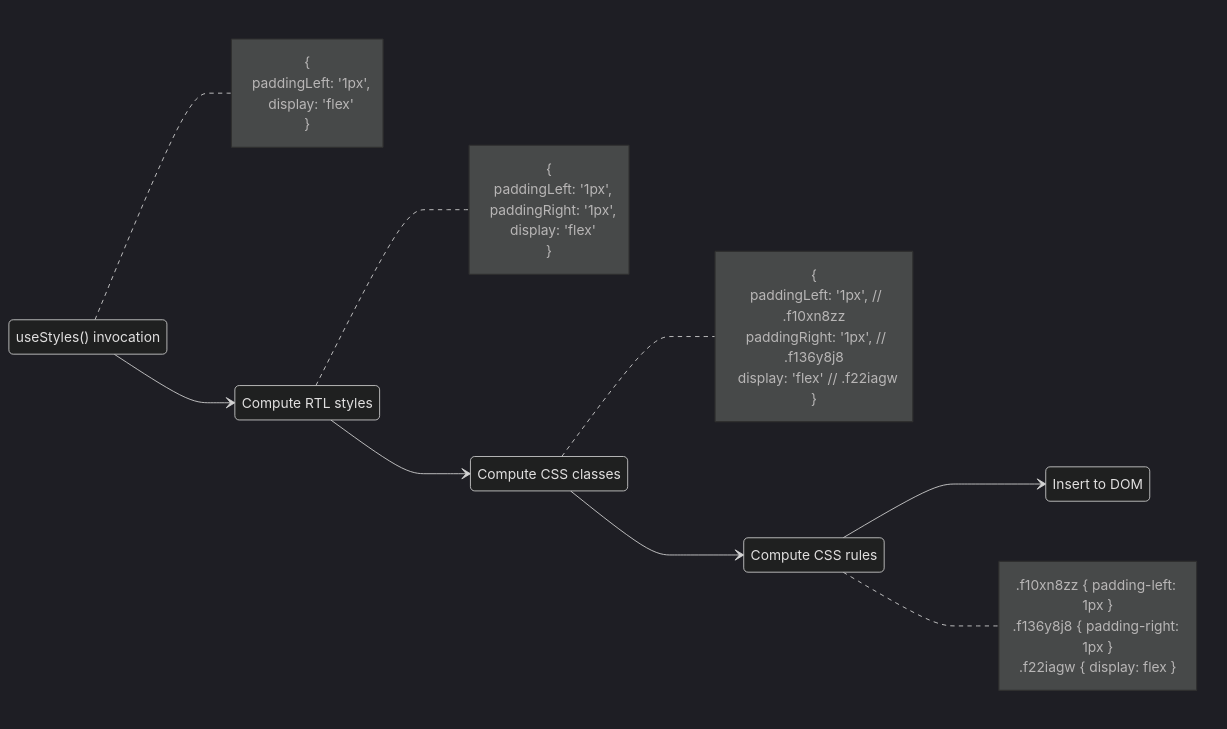
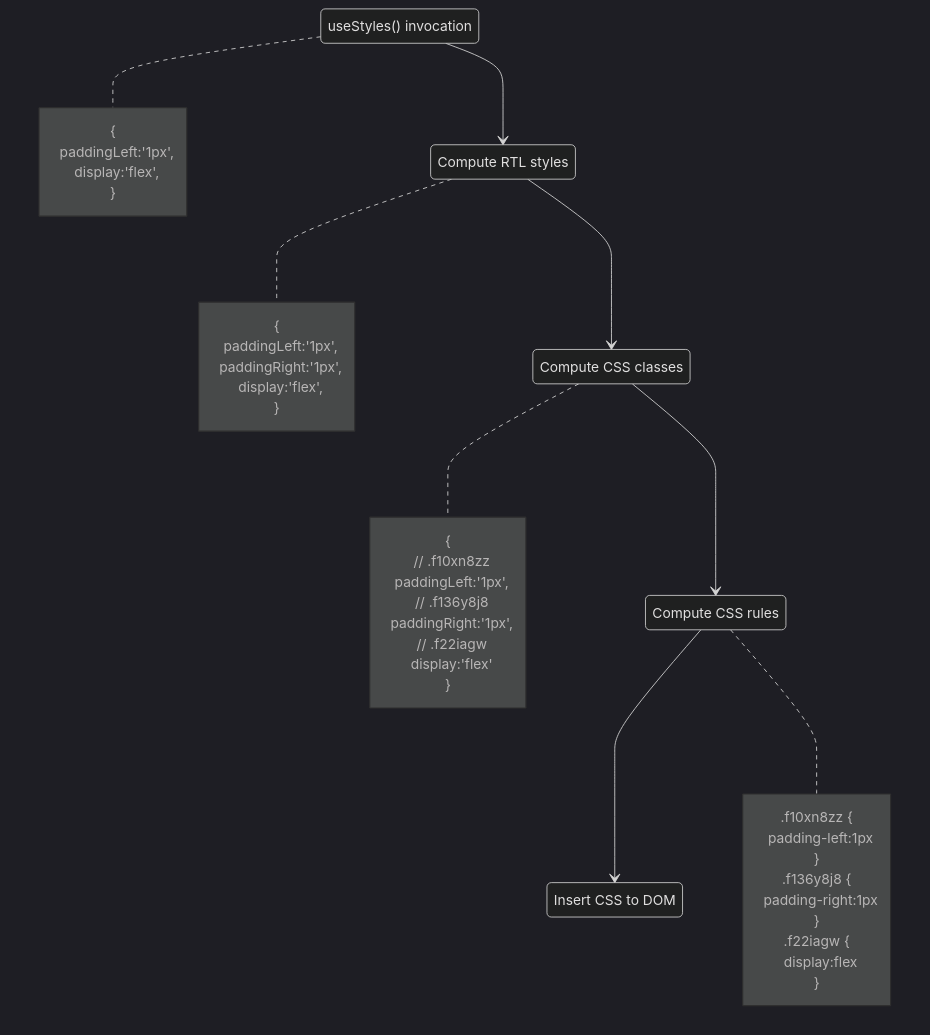
One commit to microsoft/griffel changed the diagram in apps/website/docs/react/ahead-of-time-compilation/technical-details.md. Above: the diagram before and after it, drawn with Mermaid (dark theme). The commit also changed 4 other files, not shown here.

````diff
--- a/apps/website/docs/react/ahead-of-time-compilation/technical-details.md
+++ b/apps/website/docs/react/ahead-of-time-compilation/technical-details.md
@@ -35,41 +35,50 @@
 ```mermaid
 stateDiagram-v2
-    direction LR
+    
 
     INVOKE_USE_STYLES: useStyles() invocation
     COMPUTE_RTL_STYLES: Compute RTL styles
     COMPUTE_CSS_CLASSES: Compute CSS classes
     COMPUTE_CSS_RULES: Compute CSS rules
-    INSERT_TO_DOM: Insert to DOM
+    INSERT_TO_DOM: Insert CSS to DOM
 
     INVOKE_USE_STYLES --> COMPUTE_RTL_STYLES
     COMPUTE_RTL_STYLES --> COMPUTE_CSS_CLASSES
     COMPUTE_CSS_CLASSES --> COMPUTE_CSS_RULES
     COMPUTE_CSS_RULES --> INSERT_TO_DOM
 
     note right of INVOKE_USE_STYLES
      {
-        &nbsp;&nbsp;paddingLeft: '1px',
-        &nbsp;&nbsp;display: 'flex'
+        &nbsp;&nbsp;paddingLeft:'1px',
+        &nbsp;&nbsp;display:'flex',
      }
     end note
     note right of COMPUTE_RTL_STYLES
      {
-        &nbsp;&nbsp;paddingLeft: '1px',
-        &nbsp;&nbsp;paddingRight: '1px',
-        &nbsp;&nbsp;display: 'flex'
+        &nbsp;&nbsp;paddingLeft:'1px',
+        &nbsp;&nbsp;paddingRight:'1px',
+        &nbsp;&nbsp;display:'flex',
       }
     end note
     note right of COMPUTE_CSS_CLASSES
      {
-       &nbsp;&nbsp;paddingLeft: '1px', // .f10xn8zz
-       &nbsp;&nbsp;paddingRight: '1px', // .f136y8j8
-       &nbsp;&nbsp;display: 'flex' // .f22iagw
+       &nbsp;&nbsp;// .f10xn8zz
+       &nbsp;&nbsp;paddingLeft:'1px',
+       &nbsp;&nbsp;// .f136y8j8
+       &nbsp;&nbsp;paddingRight:'1px',
+       &nbsp;&nbsp;// .f22iagw
+       &nbsp;&nbsp;display:'flex'
      }
     end note
     note right of COMPUTE_CSS_RULES
-     .f10xn8zz { padding-left: 1px }
-     .f136y8j8 { padding-right: 1px }
-     .f22iagw { display: flex }
+     .f10xn8zz {
+       &nbsp;&nbsp;padding-left:1px
+     }
+     .f136y8j8 {
+       &nbsp;&nbsp;padding-right:1px
+     }
+     .f22iagw {
+      &nbsp;&nbsp;display:flex
+     }
     end note
 ```
````
